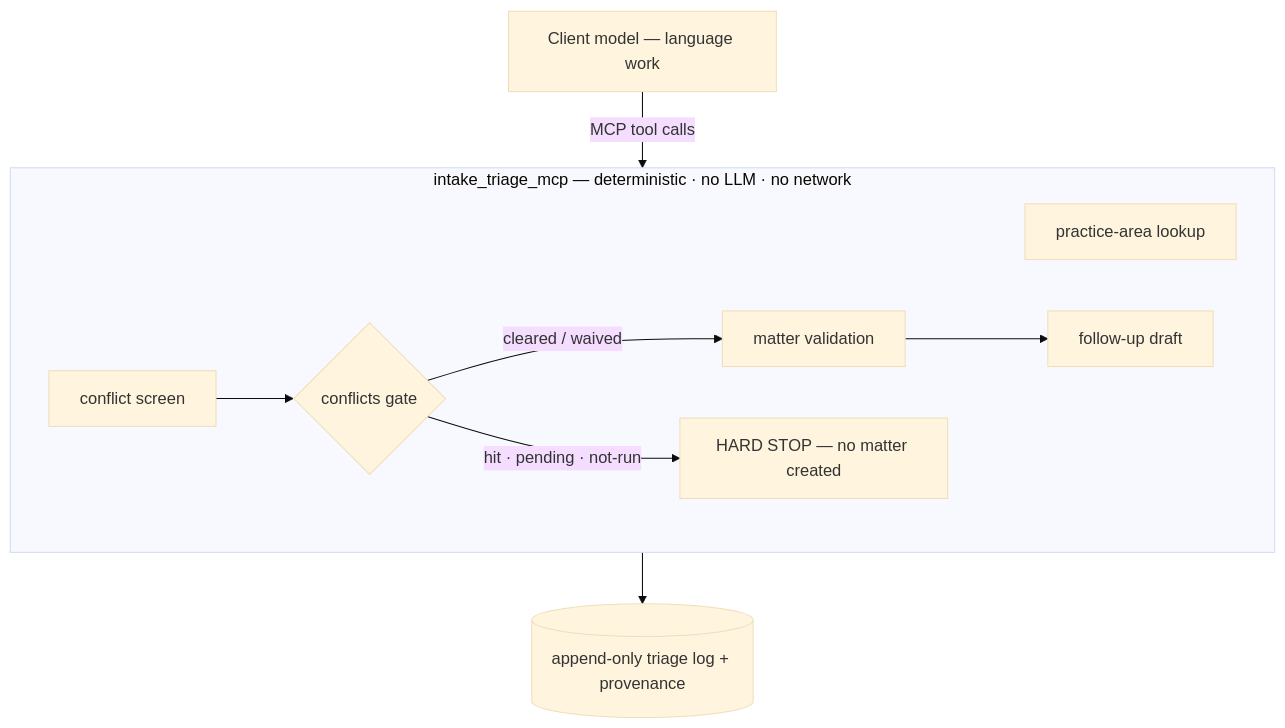
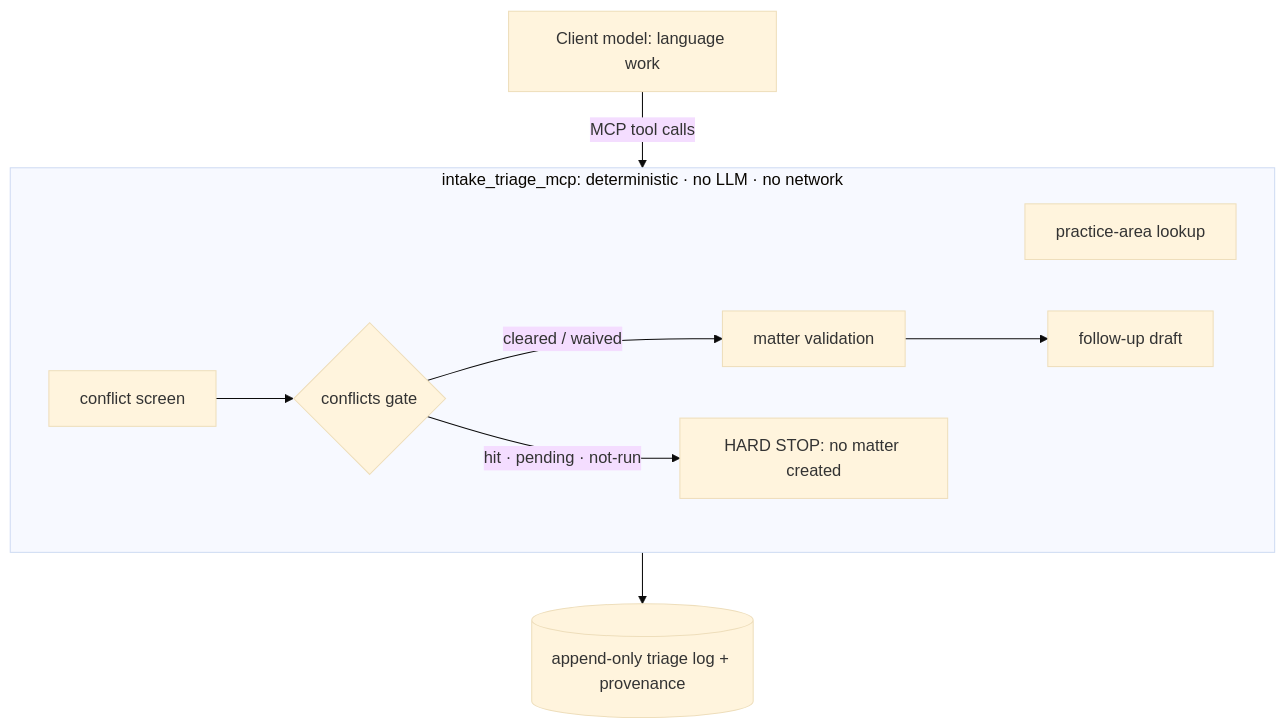
Before and after one commit to granolacowboy/intake-triage-mcp: the diagram in README.md, drawn with Mermaid (base theme). The commit also changed other lines of this file, not shown here.

First line of the commit message:
docs: remove em dashes from README prose, headings, and Mermaid labels; leave depicted code output

````diff
--- a/README.md
+++ b/README.md
@@ -34,12 +34,12 @@
 ```mermaid
 flowchart TD
-  U["Client model — language work"] -->|MCP tool calls| SRV
-  subgraph SRV["intake_triage_mcp — deterministic · no LLM · no network"]
+  U["Client model: language work"] -->|MCP tool calls| SRV
+  subgraph SRV["intake_triage_mcp: deterministic · no LLM · no network"]
     PA["practice-area lookup"]
     CS["conflict screen"] --> GATE{"conflicts gate"}
     GATE -->|"cleared / waived"| MV["matter validation"]
-    GATE -->|"hit · pending · not-run"| STOP["HARD STOP — no matter created"]
+    GATE -->|"hit · pending · not-run"| STOP["HARD STOP: no matter created"]
     MV --> FU["follow-up draft"]
   end
   SRV --> LOG[("append-only triage log + provenance")]
 ```
````
